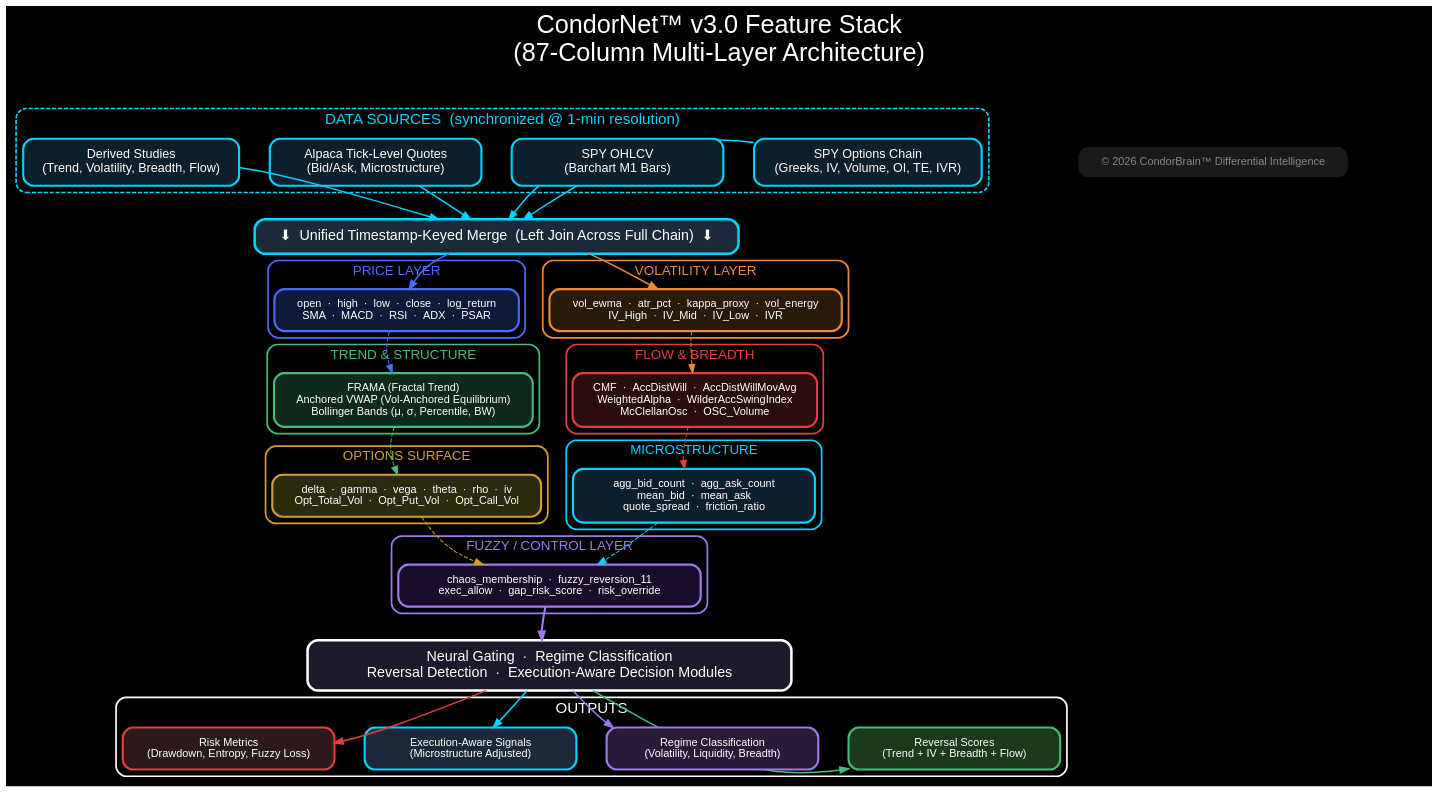
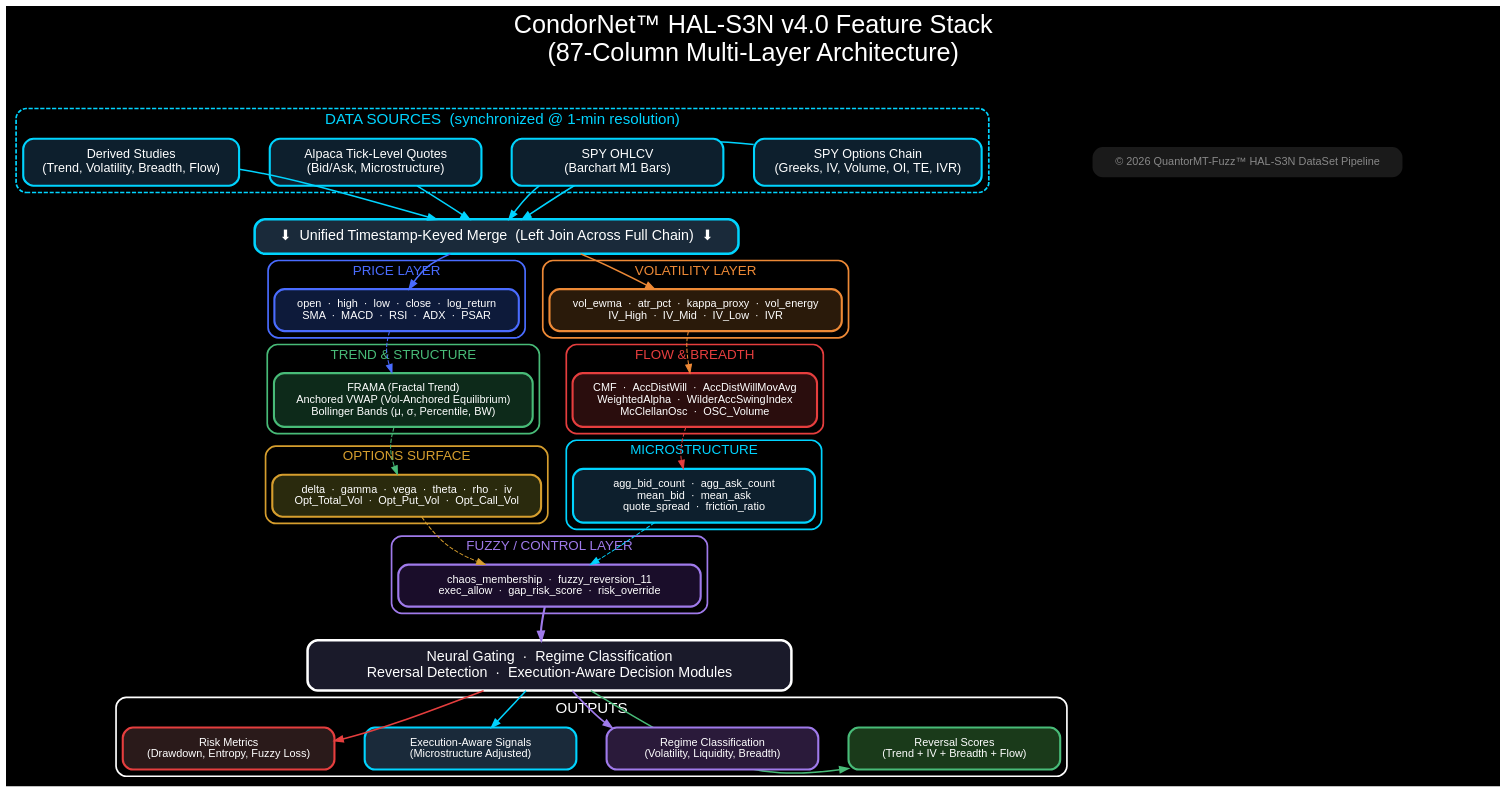
One commit to trextrader/spy-iron-condor-trading changed the diagram in docs/architecture/CondorNet_v3_Feature_Stack.dot. Above: the diagram before and after it, drawn with Graphviz. The commit also changed 5 other files, not shown here.

Commit message:
feat: competition performance charts + v4 Feature Stack rename

```diff
--- a/docs/architecture/CondorNet_v3_Feature_Stack.dot
+++ b/docs/architecture/CondorNet_v3_Feature_Stack.dot
@@ -1,11 +1,11 @@
-digraph CondorNet_v3_Feature_Stack {
+digraph CondorNet_v4_Feature_Stack {
     rankdir=TB;
     splines=curved;
     bgcolor="#000000";
     fontname="Arial,Sans-Serif";
     fontsize=30;
     labelloc="t";
-    label="CondorNet™ v3.0 Feature Stack\n(87-Column Multi-Layer Architecture)";
+    label="CondorNet™ HAL-S3N v4.0 Feature Stack\n(87-Column Multi-Layer Architecture)";
     fontcolor="#ffffff";
     nodesep=0.5;
     ranksep=0.55;
@@ -198,6 +198,6 @@
         style=invis;
         rank=sink;
         node [shape=plaintext, fontsize=13, fontcolor="#888888"];
-        copyright_note [label="© 2026 CondorBrain™ Differential Intelligence"];
+        copyright_note [label="© 2026 QuantorMT-Fuzz™ HAL-S3N DataSet Pipeline"];
     }
 }
```
